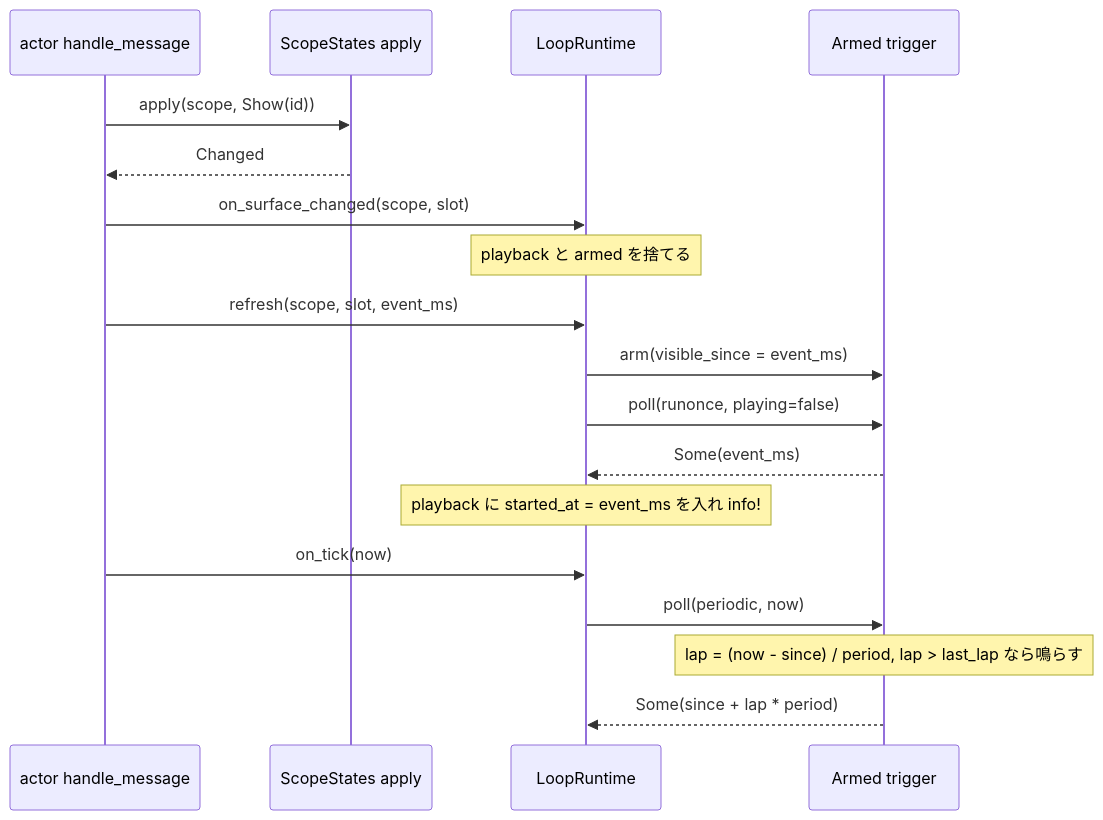
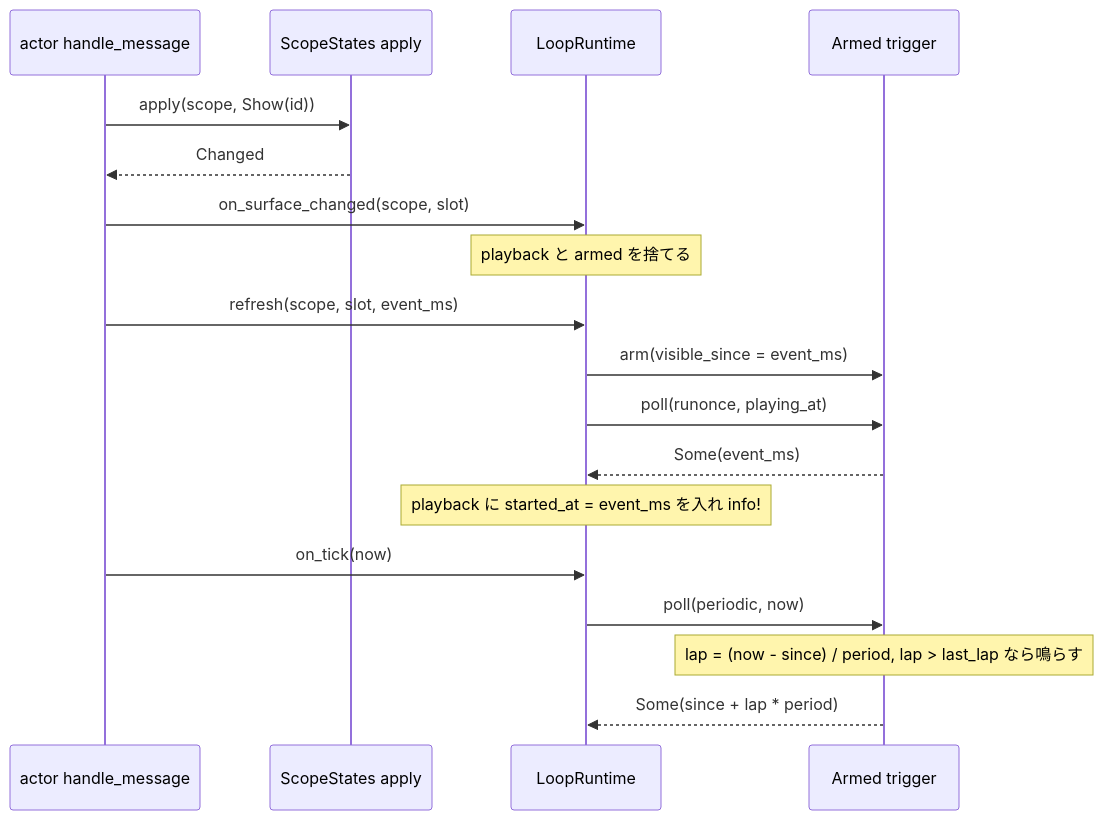
Before and after one commit to ekicyou/areka: the second of 4 diagrams in .kiro/specs/areka-P0-seriko-trigger-intervals/design.md, drawn with Mermaid. The commit also changed other lines of this file and 5 other files, not shown here.

````diff
--- a/.kiro/specs/areka-P0-seriko-trigger-intervals/design.md
+++ b/.kiro/specs/areka-P0-seriko-trigger-intervals/design.md
@@ -201,20 +201,20 @@
 ```mermaid
 sequenceDiagram
     participant A as actor handle_message
     participant S as ScopeStates apply
     participant L as LoopRuntime
     participant T as Armed trigger
     A->>S: apply(scope, Show(id))
     S-->>A: Changed
     A->>L: on_surface_changed(scope, slot)
     Note over L: playback と armed を捨てる
     A->>L: refresh(scope, slot, event_ms)
     L->>T: arm(visible_since = event_ms)
-    L->>T: poll(runonce, playing=false)
+    L->>T: poll(runonce, playing_at)
     T-->>L: Some(event_ms)
     Note over L: playback に started_at = event_ms を入れ info!
     A->>L: on_tick(now)
     L->>T: poll(periodic, now)
     Note over T: lap = (now - since) / period, lap > last_lap なら鳴らす
     T-->>L: Some(since + lap * period)
 ```
````
